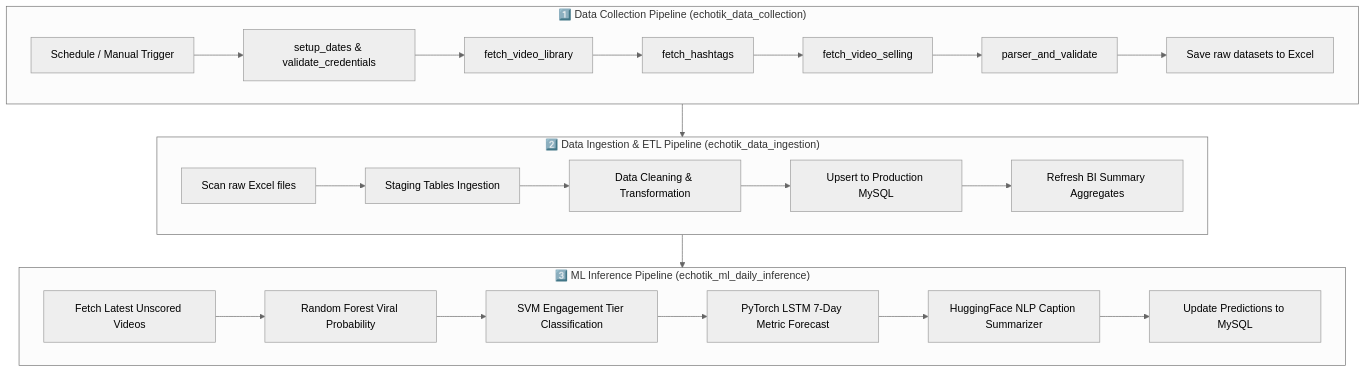
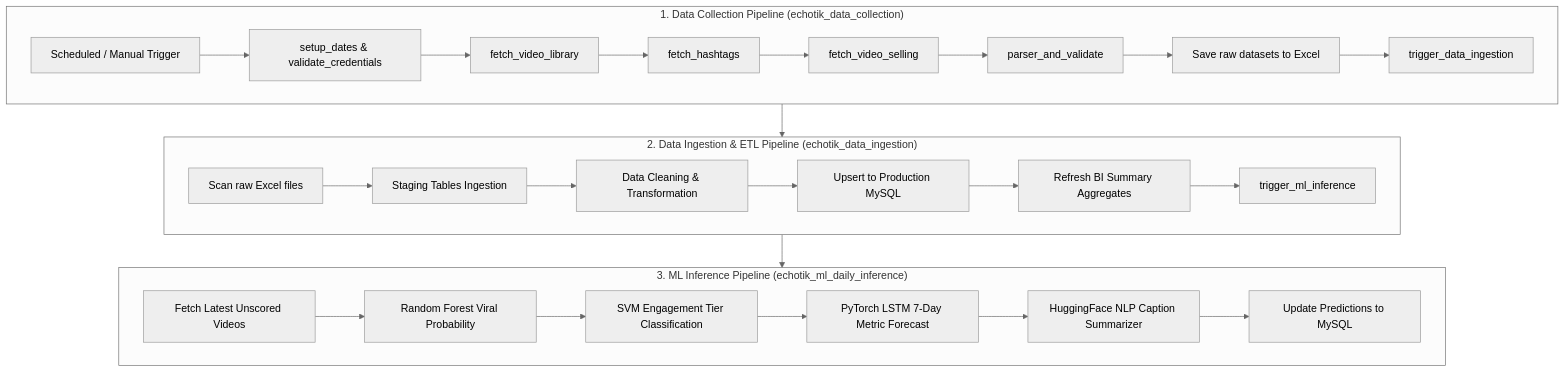
One commit to romakelap/tiktok-dag-pipeline changed the diagram in README.md. Above: the diagram before and after it, drawn with Mermaid (neutral theme). The commit also changed other lines of this file, not shown here.

````diff
--- a/README.md
+++ b/README.md
@@ -9,29 +9,31 @@
 ```mermaid
 flowchart TD
-    subgraph DataCollection ["1️⃣ Data Collection Pipeline (echotik_data_collection)"]
-        A1[Schedule / Manual Trigger] --> A2[setup_dates & validate_credentials]
+    subgraph DataCollection ["1. Data Collection Pipeline (echotik_data_collection)"]
+        A1[Scheduled / Manual Trigger] --> A2[setup_dates & validate_credentials]
         A2 --> A3[fetch_video_library]
         A3 --> A4[fetch_hashtags]
         A4 --> A5[fetch_video_selling]
         A5 --> A6[parser_and_validate]
         A6 --> A7[Save raw datasets to Excel]
+        A7 --> A8[trigger_data_ingestion]
     end
 
-    subgraph DataIngestion ["2️⃣ Data Ingestion & ETL Pipeline (echotik_data_ingestion)"]
+    subgraph DataIngestion ["2. Data Ingestion & ETL Pipeline (echotik_data_ingestion)"]
         B1[Scan raw Excel files] --> B2[Staging Tables Ingestion]
         B2 --> B3[Data Cleaning & Transformation]
         B3 --> B4[Upsert to Production MySQL]
         B4 --> B5[Refresh BI Summary Aggregates]
+        B5 --> B6[trigger_ml_inference]
     end
 
-    subgraph MLInference ["3️⃣ ML Inference Pipeline (echotik_ml_daily_inference)"]
+    subgraph MLInference ["3. ML Inference Pipeline (echotik_ml_daily_inference)"]
         C1[Fetch Latest Unscored Videos] --> C2[Random Forest Viral Probability]
         C2 --> C3[SVM Engagement Tier Classification]
         C3 --> C4[PyTorch LSTM 7-Day Metric Forecast]
         C4 --> C5[HuggingFace NLP Caption Summarizer]
         C5 --> C6[Update Predictions to MySQL]
     end
 
     DataCollection --> DataIngestion
     DataIngestion --> MLInference
 ```
````
